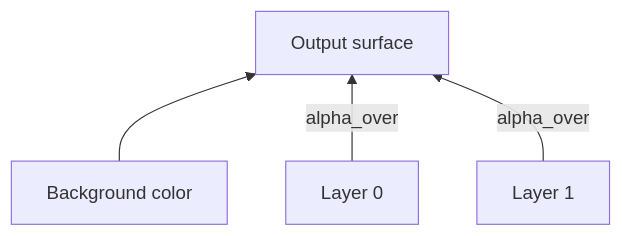
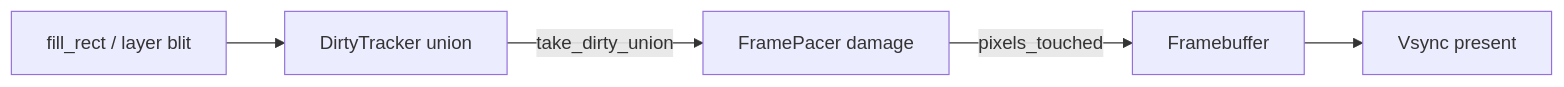
The diagram in days/2026-09-04/os/graphics_reference/TEORIA_PASSO_A_PASSO.md (christianrss/chris-low-level), drawn with Mermaid before and after one commit. The commit also changed other lines of this file and 904 other files, not shown here.

````diff
--- a/days/2026-09-04/os/graphics_reference/TEORIA_PASSO_A_PASSO.md
+++ b/days/2026-09-04/os/graphics_reference/TEORIA_PASSO_A_PASSO.md
@@ -108,10 +193,12 @@
 ```mermaid
-flowchart BT
-  BG[Background color]
-  L1[Layer 0]
-  L2[Layer 1]
-  OUT[Output surface]
-  BG --> OUT
-  L1 -->|alpha_over| OUT
-  L2 -->|alpha_over| OUT
+flowchart LR
+  Fill[fill_rect / layer blit]
+  DT[DirtyTracker union]
+  FP[FramePacer damage]
+  FB[Framebuffer]
+  VS[Vsync present]
+  Fill --> DT
+  DT -->|take_dirty_union| FP
+  FP -->|pixels_touched| FB
+  FB --> VS
 ```
````
